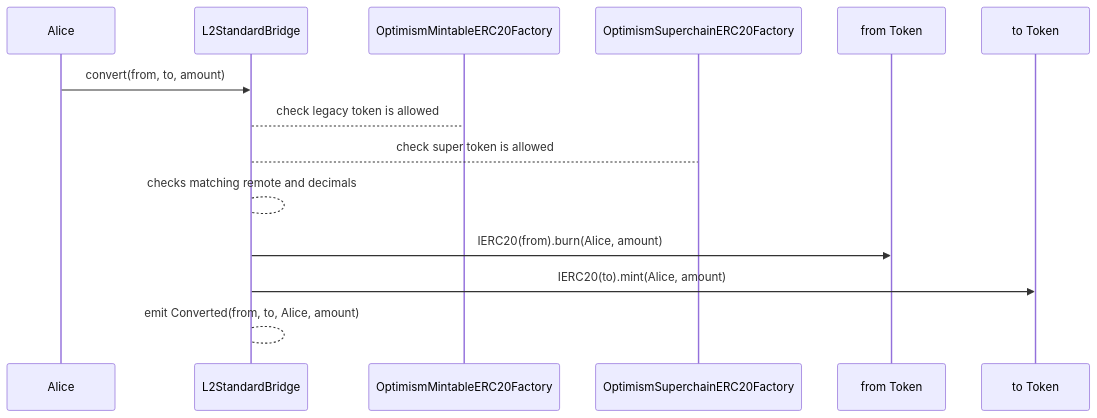
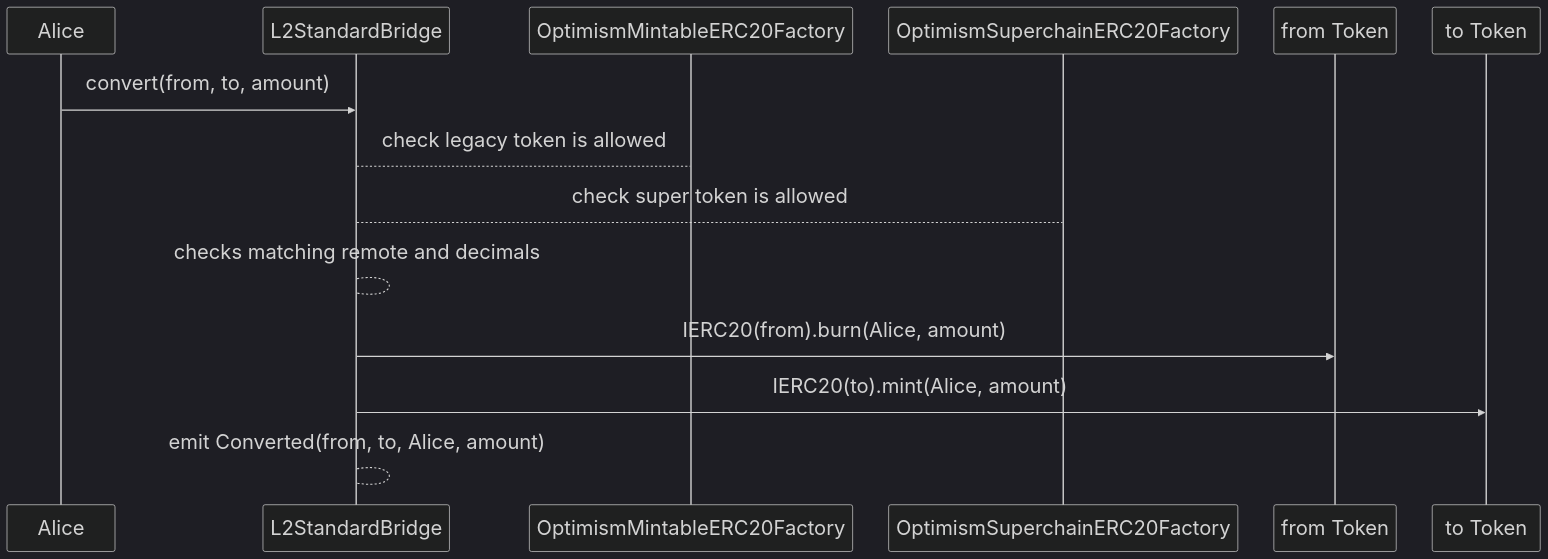
One commit to ethereum-optimism/specs changed the third of 4 diagrams in specs/interop/predeploys.md. Above: the diagram before and after it, drawn with Mermaid. The commit also changed other lines of this file and 7 other files, not shown here.

````diff
--- a/specs/interop/predeploys.md
+++ b/specs/interop/predeploys.md
@@ -664,17 +664,22 @@
 ```mermaid
+---
+config:
+  theme: dark
+  fontSize: 28
+---
 sequenceDiagram
   participant Alice
   participant L2StandardBridge
   participant factory as OptimismMintableERC20Factory
   participant superfactory as OptimismSuperchainERC20Factory
   participant legacy as from Token
   participant SuperERC20 as to Token
 
   Alice->>L2StandardBridge: convert(from, to, amount)
   L2StandardBridge-->factory: check legacy token is allowed
   L2StandardBridge-->superfactory: check super token is allowed
   L2StandardBridge-->L2StandardBridge: checks matching remote and decimals
   L2StandardBridge->>legacy: IERC20(from).burn(Alice, amount)
   L2StandardBridge->>SuperERC20: IERC20(to).mint(Alice, amount)
   L2StandardBridge-->L2StandardBridge: emit Converted(from, to, Alice, amount)
 ```
````
